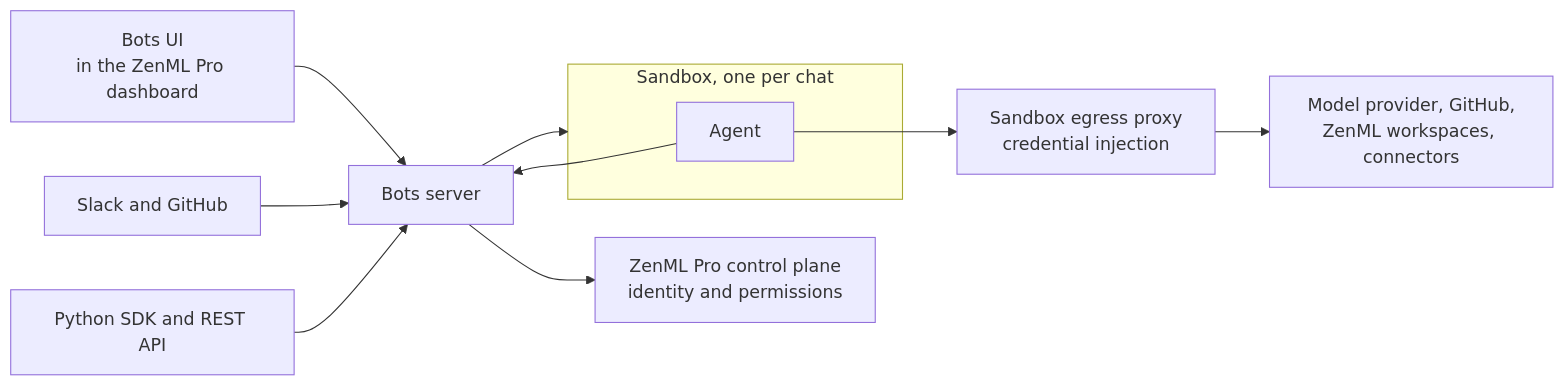
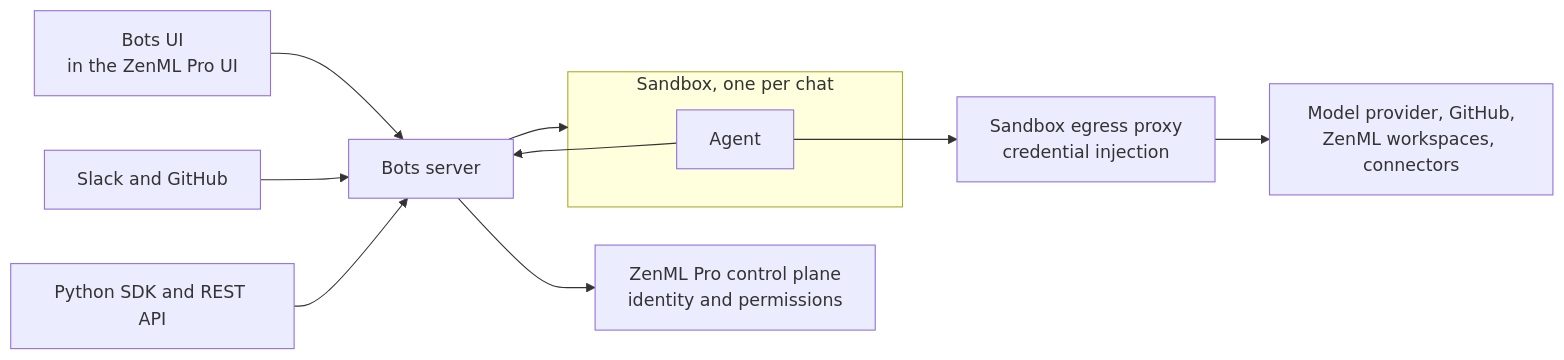
The diagram in docs/book/getting-started/zenml-pro/bots-system-architecture.md (zenml-io/zenml), drawn with Mermaid before and after one commit. The commit also changed other lines of this file and 225 other files, not shown here.

````diff
--- a/docs/book/getting-started/zenml-pro/bots-system-architecture.md
+++ b/docs/book/getting-started/zenml-pro/bots-system-architecture.md
@@ -12,22 +12,22 @@
 ```mermaid
 flowchart LR
-    UI[Bots UI<br/>in the ZenML Pro dashboard]
+    UI[Bots UI<br/>in the ZenML Pro UI]
     Slack[Slack and GitHub]
     SDK[Python SDK and REST API]
     CP[ZenML Pro control plane<br/>identity and permissions]
     Server[Bots server]
     Proxy[Sandbox egress proxy<br/>credential injection]
     subgraph Sandbox[Sandbox, one per chat]
         Agent[Agent]
     end
     Ext[Model provider, GitHub,<br/>ZenML workspaces, connectors]
 
     UI --> Server
     Slack --> Server
     SDK --> Server
     Server --> CP
     Server --> Sandbox
     Agent --> Server
     Agent --> Proxy
     Proxy --> Ext
 ```
````
